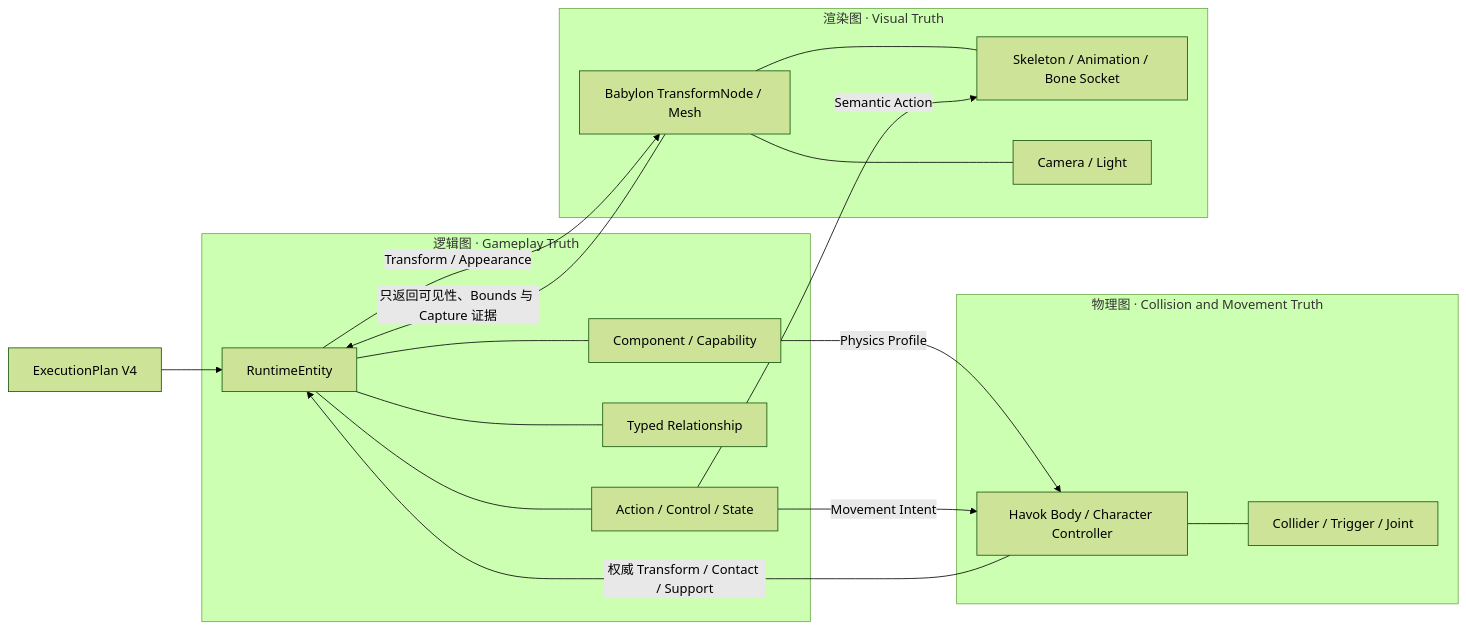
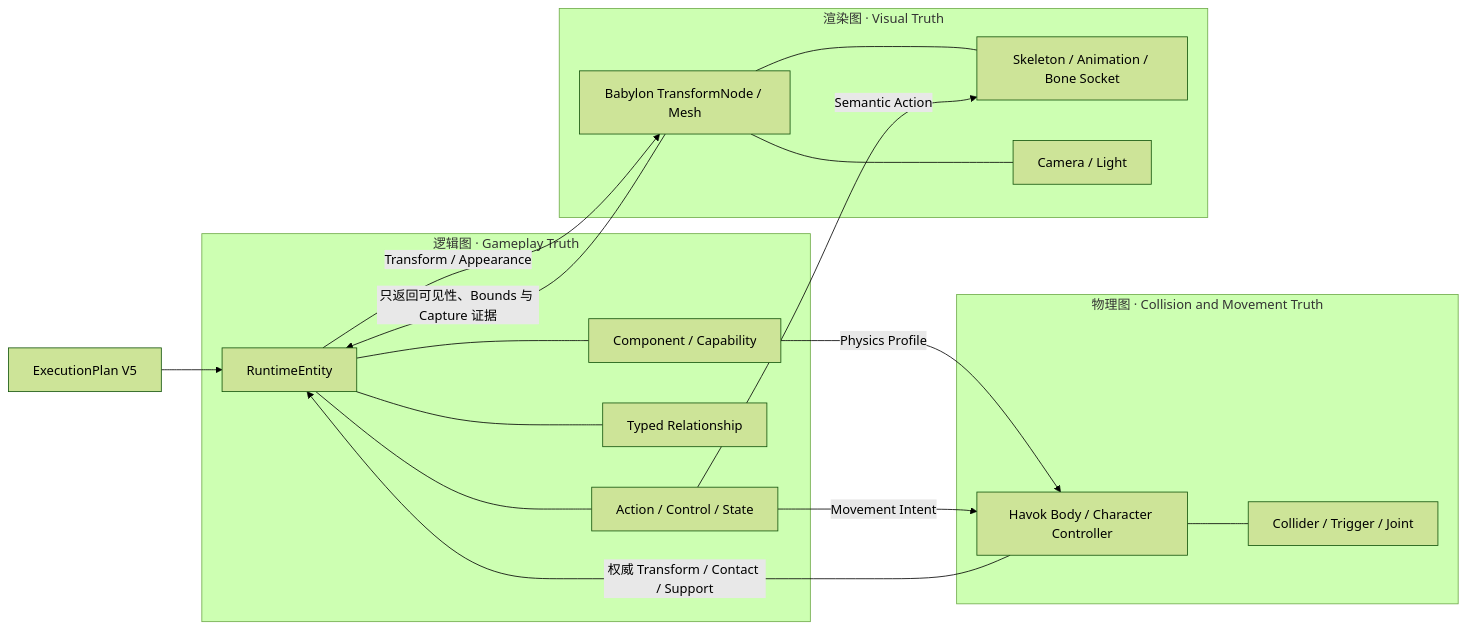
Before and after one commit to Gjh829803/ceshi: the third of 5 diagrams in docs/02-sdk-architecture.md, drawn with Mermaid (forest theme). The commit also changed other lines of this file and 3 other files, not shown here.

````diff
--- a/docs/02-sdk-architecture.md
+++ b/docs/02-sdk-architecture.md
@@ -215,35 +214,35 @@
 ```mermaid
 flowchart LR
-    EP["ExecutionPlan V4"] --> ENTITY
+    EP["ExecutionPlan V5"] --> ENTITY
 
     subgraph LOGIC["逻辑图 · Gameplay Truth"]
         ENTITY["RuntimeEntity"]
         COMPONENT["Component / Capability"]
         RELATION["Typed Relationship"]
         ACTION["Action / Control / State"]
         ENTITY --- COMPONENT
         ENTITY --- RELATION
         ENTITY --- ACTION
     end
 
     subgraph PHYSICS["物理图 · Collision and Movement Truth"]
         BODY["Havok Body / Character Controller"]
         SHAPE["Collider / Trigger / Joint"]
         BODY --- SHAPE
     end
 
     subgraph RENDER["渲染图 · Visual Truth"]
         NODE["Babylon TransformNode / Mesh"]
         RIG["Skeleton / Animation / Bone Socket"]
         CAMERA["Camera / Light"]
         NODE --- RIG
         NODE --- CAMERA
     end
 
     COMPONENT -->|"Physics Profile"| BODY
     ACTION -->|"Movement Intent"| BODY
     BODY -->|"权威 Transform / Contact / Support"| ENTITY
     ENTITY -->|"Transform / Appearance"| NODE
     ACTION -->|"Semantic Action"| RIG
     NODE -->|"只返回可见性、Bounds 与 Capture 证据"| ENTITY
 ```
````
